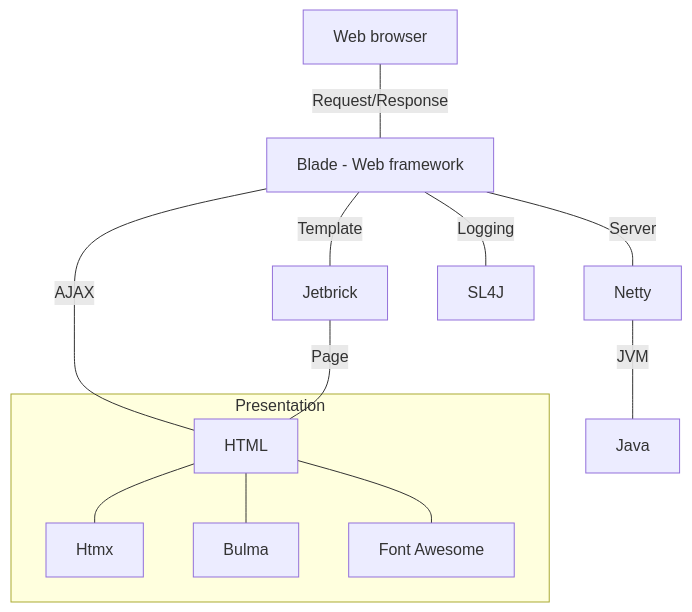
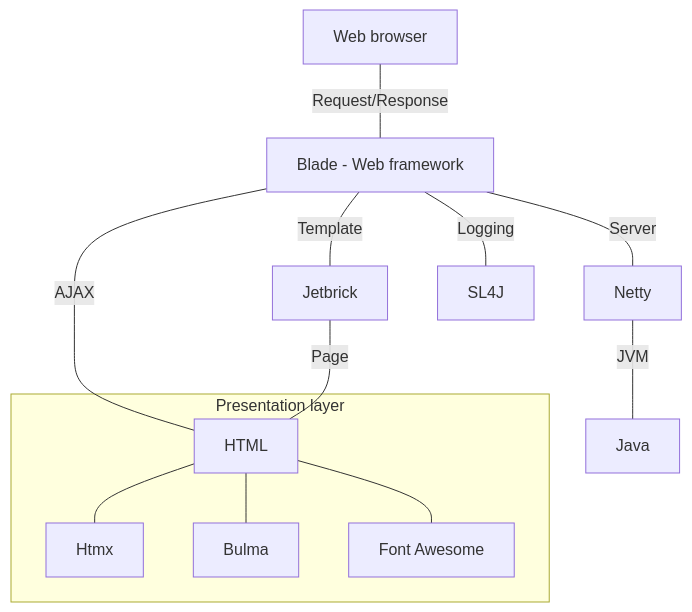
The first of 5 diagrams in readme.md (murtidaryandono/example-web-basic), drawn with Mermaid before and after one commit. The commit also changed other lines of this file and 9 other files, not shown here.

````diff
--- a/readme.md
+++ b/readme.md
@@ -56,15 +58,15 @@
 ```mermaid
 graph TD
 A[Web browser] --- |Request/Response| B[Blade - Web framework]
 B --- |Server| C[Netty]
 B --- |Template| D[Jetbrick]
 B --- |AJAX| H
 D --- |Page| H
 C --- |JVM| F[Java]
 B --- |Logging| G[SL4J]
-   subgraph Presentation
+   subgraph Presentation layer
    H[HTML] --- I[Htmx]
    H --- J[Bulma]
    H --- K[Font Awesome]
    end
 ```
````
